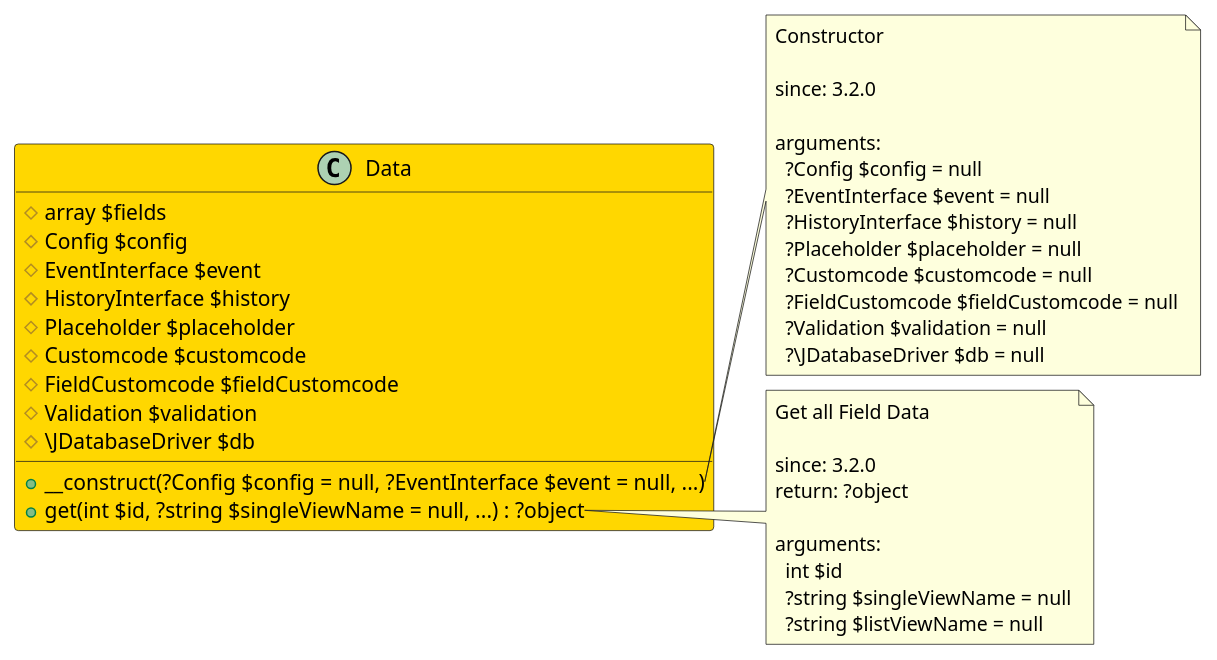
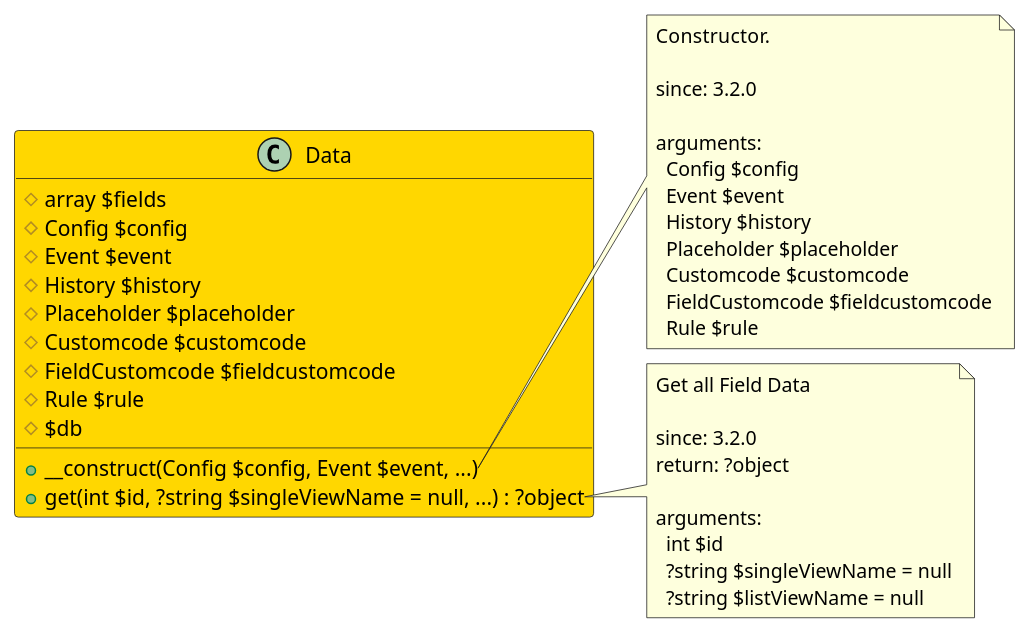
One commit to joomengine/jcb-compiler changed the diagram in src/ce826b66-0f2d-43da-8005-41b8e4cb21ee/README.md. Above: the diagram before and after it, drawn with PlantUML. The commit also changed 399 other files, not shown here.

````diff
--- a/src/ce826b66-0f2d-43da-8005-41b8e4cb21ee/README.md
+++ b/src/ce826b66-0f2d-43da-8005-41b8e4cb21ee/README.md
@@ -11,46 +11,45 @@
 ```uml
 @startuml
 class Data  #Gold {
   # array $fields
   # Config $config
-  # EventInterface $event
-  # HistoryInterface $history
+  # Event $event
+  # History $history
   # Placeholder $placeholder
   # Customcode $customcode
-  # FieldCustomcode $fieldCustomcode
-  # Validation $validation
-  # \JDatabaseDriver $db
-  + __construct(?Config $config = null, ?EventInterface $event = null, ...)
+  # FieldCustomcode $fieldcustomcode
+  # Rule $rule
+  # $db
+  + __construct(Config $config, Event $event, ...)
   + get(int $id, ?string $singleViewName = null, ...) : ?object
 }
 
 note right of Data::__construct
-  Constructor
+  Constructor.
 
   since: 3.2.0
   
   arguments:
-    ?Config $config = null
-    ?EventInterface $event = null
-    ?HistoryInterface $history = null
-    ?Placeholder $placeholder = null
-    ?Customcode $customcode = null
-    ?FieldCustomcode $fieldCustomcode = null
-    ?Validation $validation = null
-    ?\JDatabaseDriver $db = null
+    Config $config
+    Event $event
+    History $history
+    Placeholder $placeholder
+    Customcode $customcode
+    FieldCustomcode $fieldcustomcode
+    Rule $rule
 end note
 
 note right of Data::get
   Get all Field Data
 
   since: 3.2.0
   return: ?object
   
   arguments:
     int $id
     ?string $singleViewName = null
     ?string $listViewName = null
 end note
  
 @enduml
 ```
````
